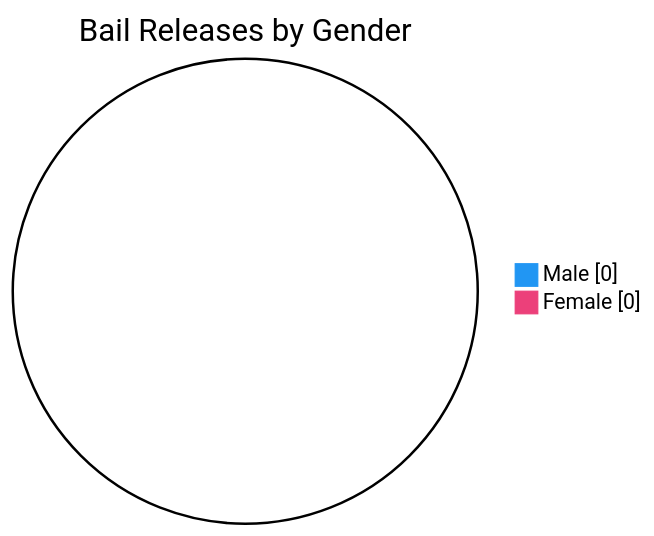
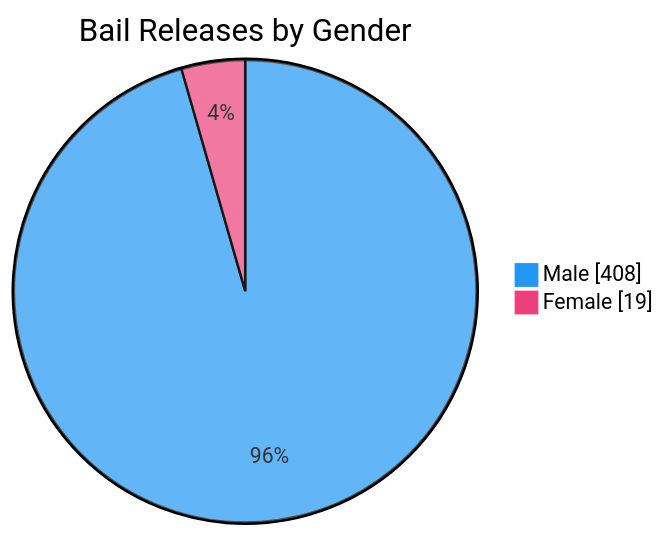
One commit to nuuuwan/lk_prisons changed the seventh of 7 diagrams in README.md. Above: the diagram before and after it, drawn with Mermaid. The commit also changed other lines of this file and 1 other file, not shown here.

````diff
--- a/README.md
+++ b/README.md
@@ -109,6 +109,6 @@
 ```mermaid
 %%{init: {'themeVariables': {'pie1': '#2196F3', 'pie2': '#EC407A'}}}%%
 pie showData title Bail Releases by Gender
-    "Male" : 0
-    "Female" : 0
+    "Male" : 408
+    "Female" : 19
 ```
````
